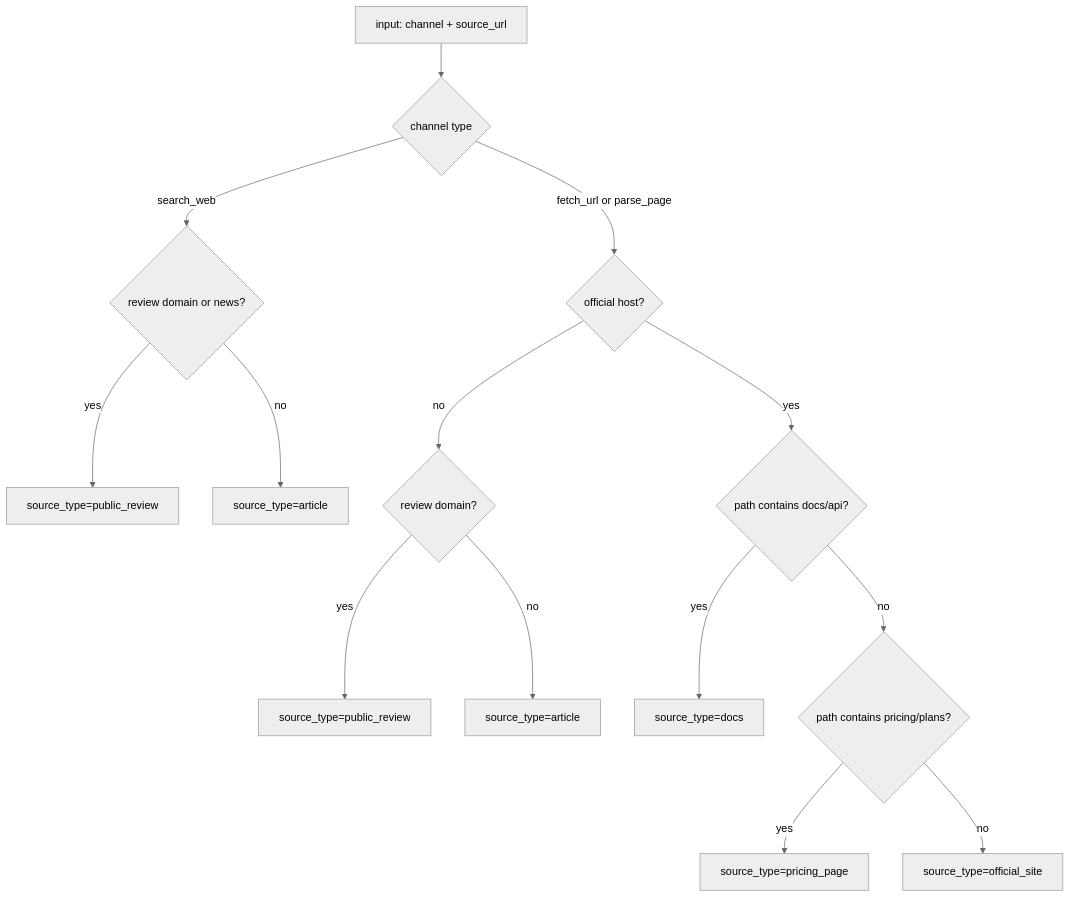
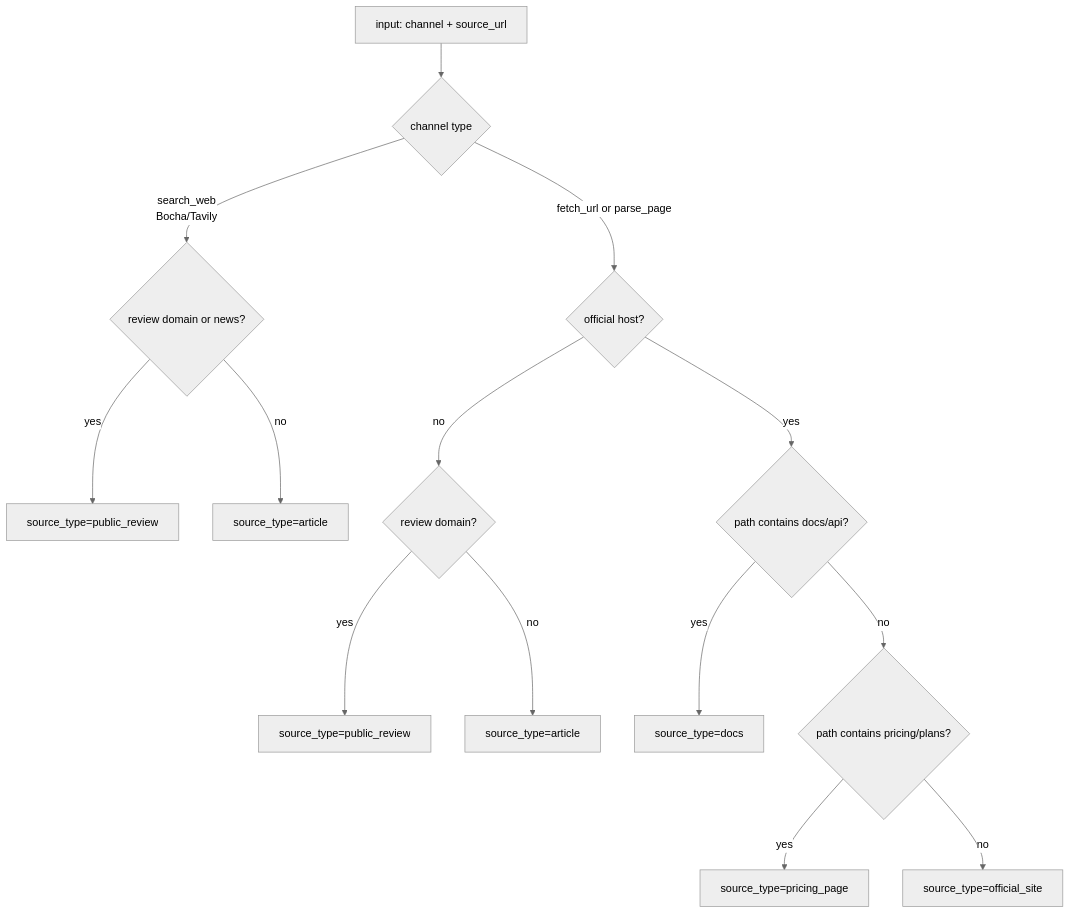
Before and after one commit to wanghong5233/RivalLens: the second of 3 diagrams in docs/2.6-collector-channels.md, drawn with Mermaid (neutral theme). The commit also changed other lines of this file and 58 other files, not shown here.

````diff
--- a/docs/2.6-collector-channels.md
+++ b/docs/2.6-collector-channels.md
@@ -62,16 +68,16 @@
 ```mermaid
 flowchart TD
     startNode["input: channel + source_url"] --> channelCheck{"channel type"}
-    channelCheck -->|"search_web"| searchBranch{"review domain or news?"}
+    channelCheck -->|"search_web<br/>Bocha/Tavily"| searchBranch{"review domain or news?"}
     searchBranch -->|"yes"| sourceReview["source_type=public_review"]
     searchBranch -->|"no"| sourceArticle["source_type=article"]
     channelCheck -->|"fetch_url or parse_page"| hostCheck{"official host?"}
     hostCheck -->|"no"| nonOfficialBranch{"review domain?"}
     nonOfficialBranch -->|"yes"| sourceReview2["source_type=public_review"]
     nonOfficialBranch -->|"no"| sourceArticle2["source_type=article"]
     hostCheck -->|"yes"| pathCheck{"path contains docs/api?"}
     pathCheck -->|"yes"| sourceDocs["source_type=docs"]
     pathCheck -->|"no"| pricingCheck{"path contains pricing/plans?"}
     pricingCheck -->|"yes"| sourcePricing["source_type=pricing_page"]
     pricingCheck -->|"no"| sourceOfficial["source_type=official_site"]
 ```
````
